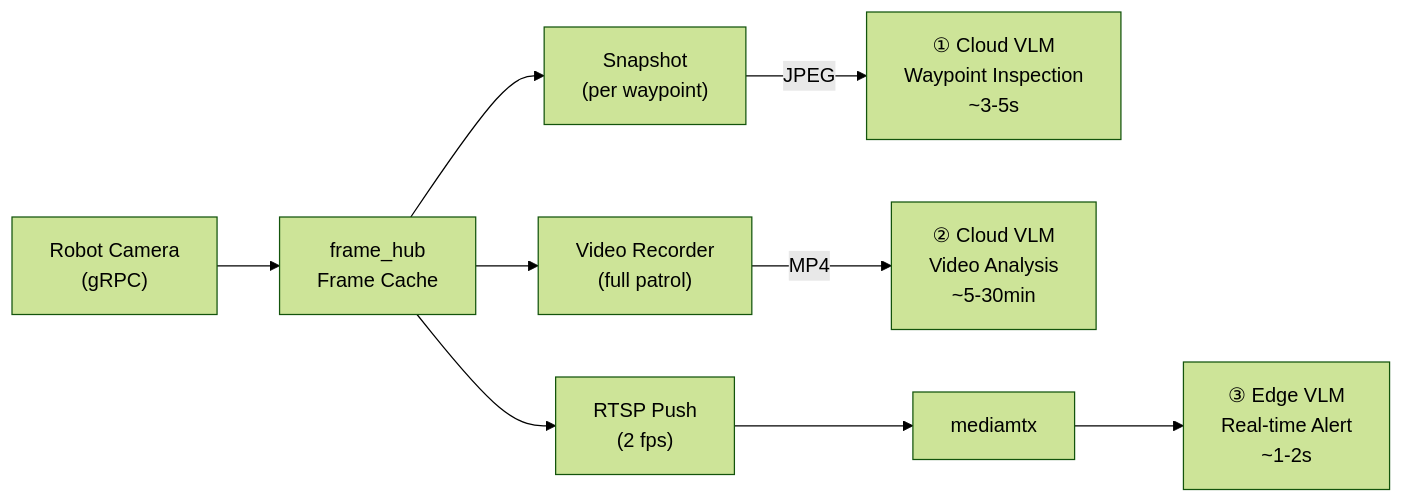
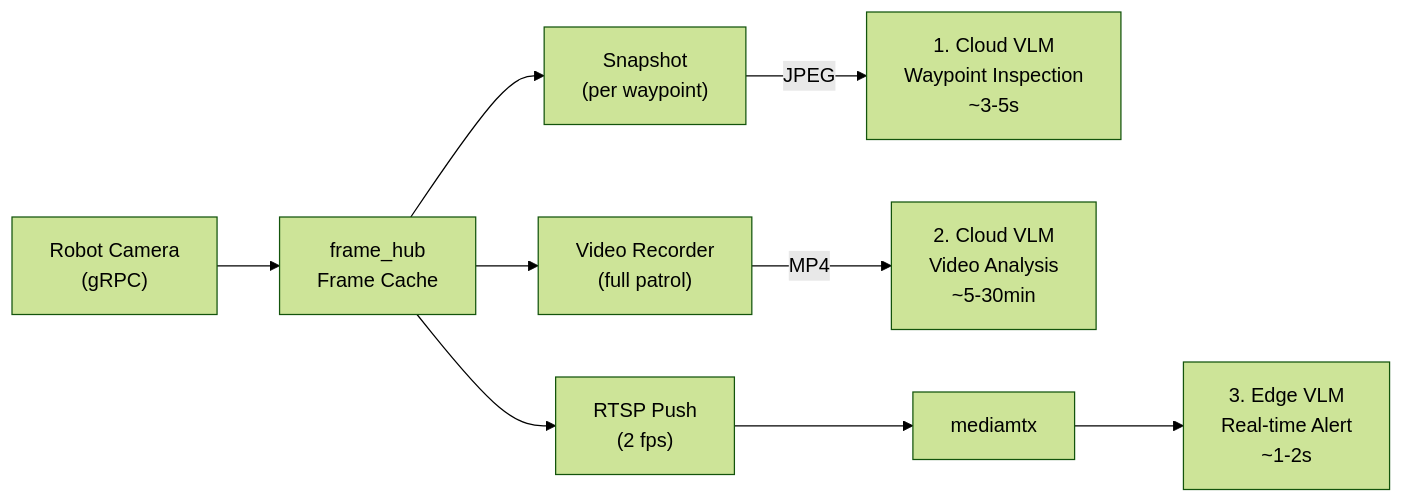
The fourth of 5 diagrams in README.md (sigmarobotics/visual-patrol), drawn with Mermaid (forest theme) before and after one commit. The commit also changed other lines of this file, not shown here.

First line of the commit message:
docs: expand README with system topology, tech stack, env vars, and DB schema

````diff
--- a/README.md
+++ b/README.md
@@ -110,12 +166,12 @@
 ```mermaid
 graph LR
     CAM["Robot Camera<br/>(gRPC)"] --> FH["frame_hub<br/>Frame Cache"]
 
     FH --> SNAP["Snapshot<br/>(per waypoint)"]
     FH --> VR["Video Recorder<br/>(full patrol)"]
     FH --> RTSP["RTSP Push<br/>(2 fps)"]
 
-    SNAP -->|"JPEG"| IMG["① Cloud VLM<br/>Waypoint Inspection<br/>~3-5s"]
-    VR -->|"MP4"| VID["② Cloud VLM<br/>Video Analysis<br/>~5-30min"]
-    RTSP --> MTX["mediamtx"] --> EDGE["③ Edge VLM<br/>Real-time Alert<br/>~1-2s"]
+    SNAP -->|"JPEG"| IMG["1. Cloud VLM<br/>Waypoint Inspection<br/>~3-5s"]
+    VR -->|"MP4"| VID["2. Cloud VLM<br/>Video Analysis<br/>~5-30min"]
+    RTSP --> MTX["mediamtx"] --> EDGE["3. Edge VLM<br/>Real-time Alert<br/>~1-2s"]
 ```
````
